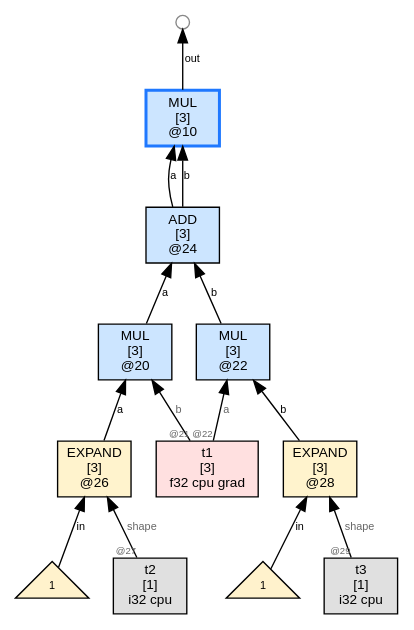
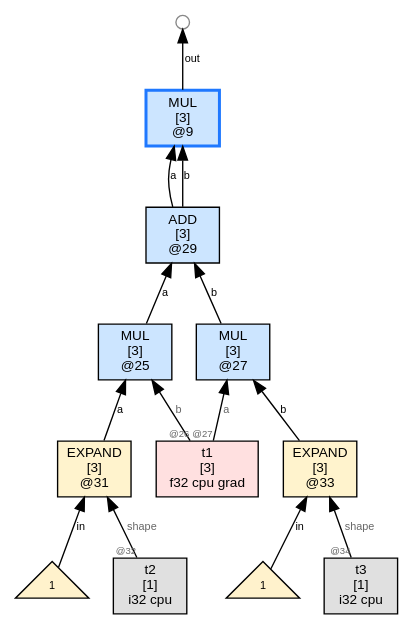
The diagram in wl/examples/thvm_graphs/grad_rules/chained_compute/thvm_2_post_sweep.dot (sw1sh/TinyHVM), drawn with Graphviz before and after one commit. The commit also changed 6 other files, not shown here.

```diff
--- a/wl/examples/thvm_graphs/grad_rules/chained_compute/thvm_2_post_sweep.dot
+++ b/wl/examples/thvm_graphs/grad_rules/chained_compute/thvm_2_post_sweep.dot
@@ -1,31 +1,31 @@
 digraph G {
   rankdir=BT;
   node [fontname="Helvetica", fontsize=10, style=filled, shape=box, margin="0.1,0.05"];
   edge [fontsize=8, fontname="Helvetica"];
 
-  n24 [label="ADD\n[3]\n@24", shape=box, fillcolor="#cce5ff"];
-  n20 -> n24 [label="a"];
-  n22 -> n24 [label="b"];
-  n10 [label="MUL\n[3]\n@10", shape=box, fillcolor="#cce5ff",color="#1f78ff",penwidth=2.2];
-  n24 -> n10 [label="a"];
-  n24 -> n10 [label="b"];
-  free10_1000 [label="",shape=circle,width=0.14,height=0.14,fixedsize=true,fillcolor="#ffffff",color="#888888",fontsize=1];
-  n10 -> free10_1000 [label="out"];
-  n26 [label="EXPAND\n[3]\n@26", shape=box, fillcolor="#fff3cd"];
-  num26_0 [label="1",shape=triangle,fillcolor="#fff2cc",fontsize=8];
-  num26_0 -> n26 [label="in"];
+  n29 [label="ADD\n[3]\n@29", shape=box, fillcolor="#cce5ff"];
+  n25 -> n29 [label="a"];
+  n27 -> n29 [label="b"];
+  n9 [label="MUL\n[3]\n@9", shape=box, fillcolor="#cce5ff",color="#1f78ff",penwidth=2.2];
+  n29 -> n9 [label="a"];
+  n29 -> n9 [label="b"];
+  free9_1000 [label="",shape=circle,width=0.14,height=0.14,fixedsize=true,fillcolor="#ffffff",color="#888888",fontsize=1];
+  n9 -> free9_1000 [label="out"];
+  n31 [label="EXPAND\n[3]\n@31", shape=box, fillcolor="#fff3cd"];
+  num31_0 [label="1",shape=triangle,fillcolor="#fff2cc",fontsize=8];
+  num31_0 -> n31 [label="in"];
   t2 [label="t2\n[1]\ni32 cpu",shape=box,fillcolor="#e0e0e0"];
-  t2 -> n26 [label="shape",taillabel="@27",labelfontsize=7,fontcolor="#666666"];
-  n28 [label="EXPAND\n[3]\n@28", shape=box, fillcolor="#fff3cd"];
-  num28_0 [label="1",shape=triangle,fillcolor="#fff2cc",fontsize=8];
-  num28_0 -> n28 [label="in"];
+  t2 -> n31 [label="shape",taillabel="@32",labelfontsize=7,fontcolor="#666666"];
+  n33 [label="EXPAND\n[3]\n@33", shape=box, fillcolor="#fff3cd"];
+  num33_0 [label="1",shape=triangle,fillcolor="#fff2cc",fontsize=8];
+  num33_0 -> n33 [label="in"];
   t3 [label="t3\n[1]\ni32 cpu",shape=box,fillcolor="#e0e0e0"];
-  t3 -> n28 [label="shape",taillabel="@29",labelfontsize=7,fontcolor="#666666"];
-  n20 [label="MUL\n[3]\n@20", shape=box, fillcolor="#cce5ff"];
-  n26 -> n20 [label="a"];
+  t3 -> n33 [label="shape",taillabel="@34",labelfontsize=7,fontcolor="#666666"];
+  n25 [label="MUL\n[3]\n@25", shape=box, fillcolor="#cce5ff"];
+  n31 -> n25 [label="a"];
   t1 [label="t1\n[3]\nf32 cpu grad",shape=box,fillcolor="#ffe0e0"];
-  t1 -> n20 [label="b",taillabel="@21",labelfontsize=7,fontcolor="#666666"];
-  n22 [label="MUL\n[3]\n@22", shape=box, fillcolor="#cce5ff"];
-  t1 -> n22 [label="a",taillabel="@22",labelfontsize=7,fontcolor="#666666"];
-  n28 -> n22 [label="b"];
+  t1 -> n25 [label="b",taillabel="@26",labelfontsize=7,fontcolor="#666666"];
+  n27 [label="MUL\n[3]\n@27", shape=box, fillcolor="#cce5ff"];
+  t1 -> n27 [label="a",taillabel="@27",labelfontsize=7,fontcolor="#666666"];
+  n33 -> n27 [label="b"];
 }
```
